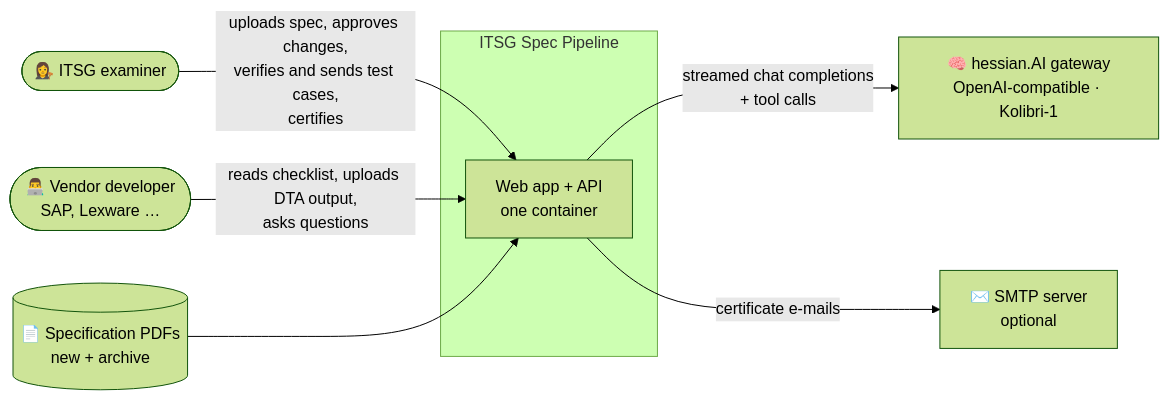
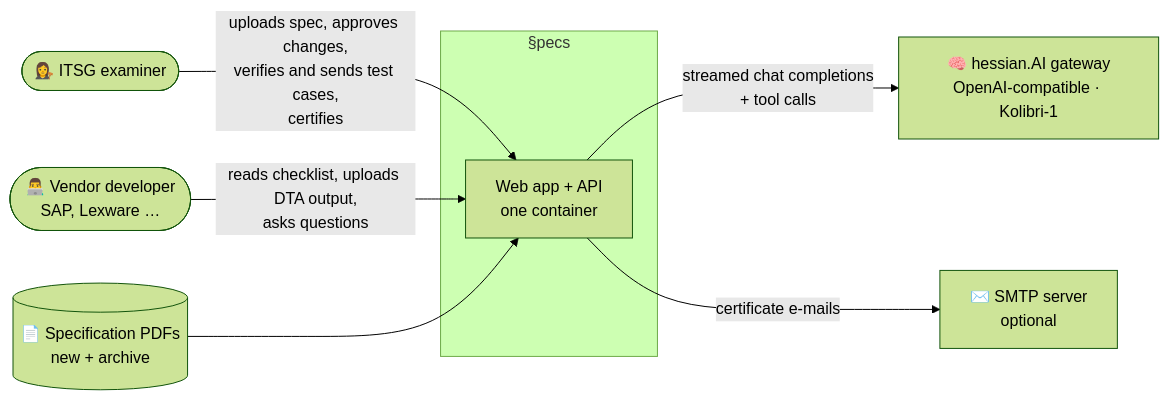
Before and after one commit to AmineChr54/futury-hackathon-itsg: the first of 6 diagrams in README.md, drawn with Mermaid (forest theme). The commit also changed other lines of this file and 2 other files, not shown here.

````diff
--- a/README.md
+++ b/README.md
@@ -158,19 +162,19 @@
 ```mermaid
 flowchart LR
     examiner(["👩‍⚖️ ITSG examiner"])
     vendor(["👨‍💻 Vendor developer<br/>SAP, Lexware …"])
 
-    subgraph system ["ITSG Spec Pipeline"]
+    subgraph system ["§pecs"]
         app["Web app + API<br/>one container"]
     end
 
     spec[("📄 Specification PDFs<br/>new + archive")]
     llm["🧠 hessian.AI gateway<br/>OpenAI-compatible · Kolibri-1"]
     smtp["✉️ SMTP server<br/>optional"]
 
     examiner -- "uploads spec, approves changes,<br/>verifies and sends test cases,<br/>certifies" --> app
     vendor -- "reads checklist, uploads DTA output,<br/>asks questions" --> app
     spec --> app
     app -- "streamed chat completions<br/>+ tool calls" --> llm
     app -- "certificate e-mails" --> smtp
 ```
````
